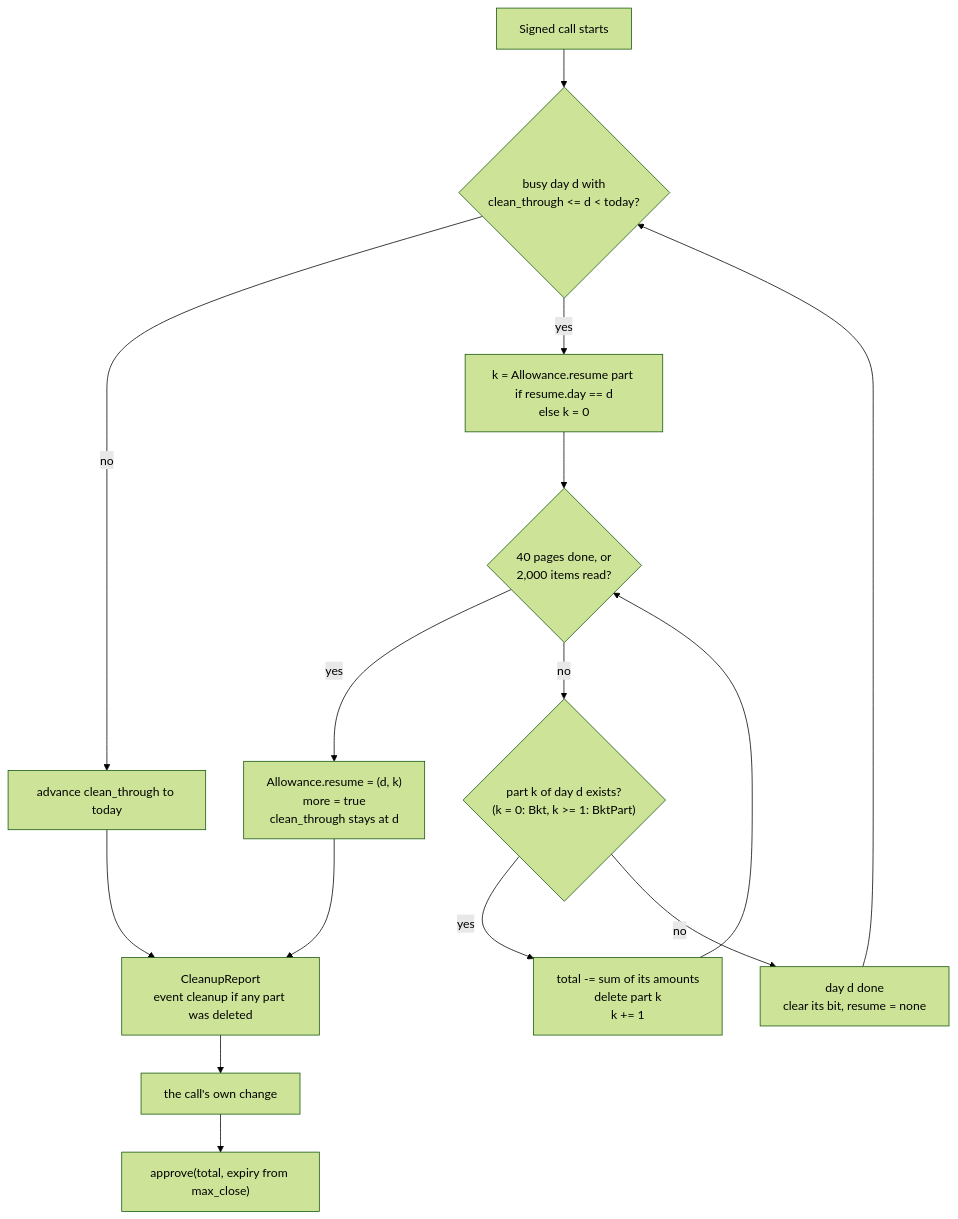
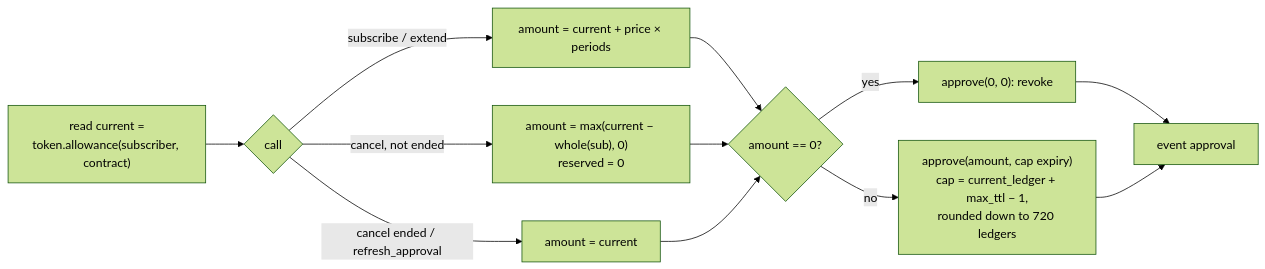
One commit to PiNetwork/PiRC changed the diagram in PiRC2/6-subscription-lifecycle.md. Above: the diagram before and after it, drawn with Mermaid (forest theme). The commit also changed other lines of this file and 8 other files, not shown here.

First line of the commit message:
PiRC2: round 6 - add-on-top allowance, no in-ledger sync

````diff
--- a/PiRC2/6-subscription-lifecycle.md
+++ b/PiRC2/6-subscription-lifecycle.md
@@ -246,17 +226,14 @@
 ```mermaid
-flowchart TD
-  A[Signed call starts] --> B{busy day d with<br/>clean_through <= d < today?}
-  B -- no --> F[advance clean_through to today]
-  B -- yes --> K0["k = Allowance.resume part if resume.day == d<br/>else k = 0"]
-  K0 --> C{"40 pages done, or<br/>2,000 items read?"}
-  C -- yes --> SV["Allowance.resume = (d, k)<br/>more = true<br/>clean_through stays at d"]
-  C -- no --> Q{"part k of day d exists?<br/>(k = 0: Bkt, k >= 1: BktPart)"}
-  Q -- yes --> D["total -= sum of its amounts<br/>delete part k<br/>k += 1"]
-  D --> C
-  Q -- no --> E["day d done<br/>clear its bit, resume = none"]
-  E --> B
-  F --> R[CleanupReport<br/>event cleanup if any part was deleted]
-  SV --> R
-  R --> G[the call's own change]
-  G --> H["approve(total, expiry from max_close)"]
+flowchart LR
+  R["read current =<br/>token.allowance(subscriber, contract)"] --> C{call}
+  C -- "subscribe / extend" --> A1["amount = current + price × periods"]
+  C -- "cancel, not ended" --> A2["amount = max(current − whole(sub), 0)<br/>reserved = 0"]
+  C -- "cancel ended / refresh_approval" --> A3["amount = current"]
+  A1 --> AP
+  A2 --> AP
+  A3 --> AP
+  AP{"amount == 0?"} -- yes --> RV["approve(0, 0): revoke"]
+  AP -- no --> CAP["approve(amount, cap expiry)<br/>cap = current_ledger + max_ttl − 1,<br/>rounded down to 720 ledgers"]
+  RV --> EV[event approval]
+  CAP --> EV
 ```
````
